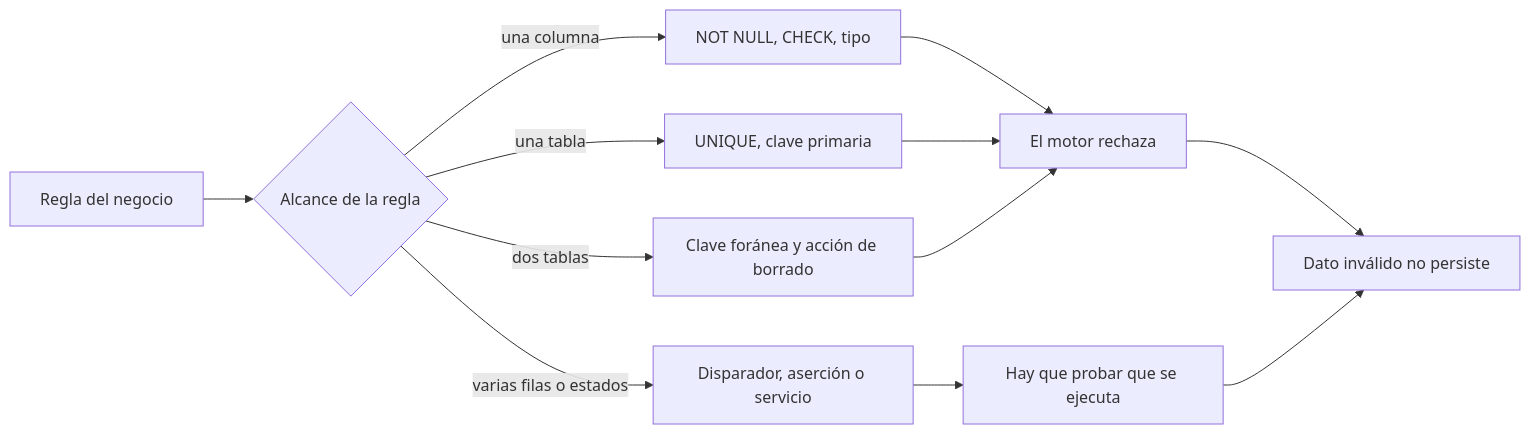
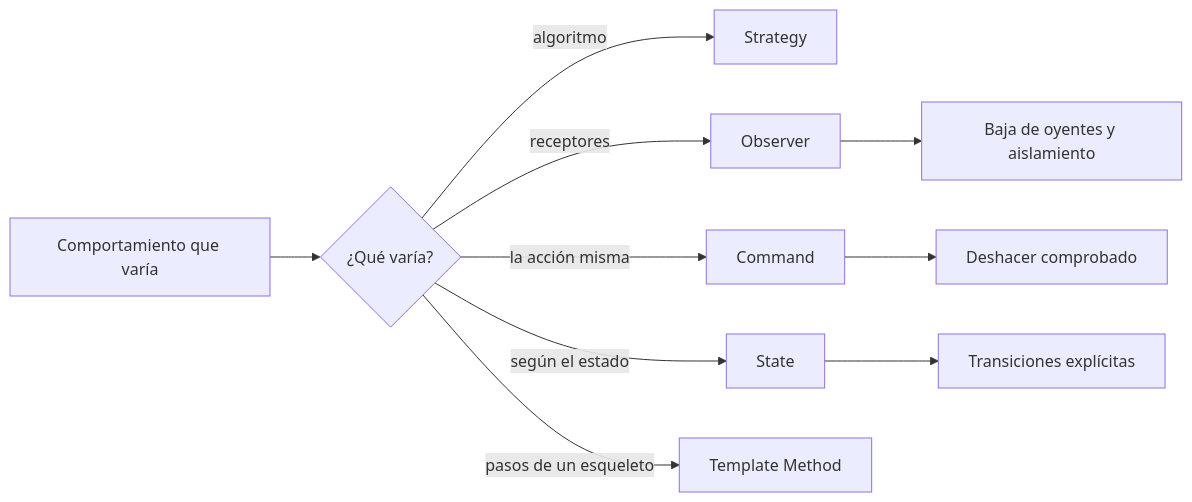
Before and after one commit to vladimiracunadev-create/modern-software-engineering-program: the diagram in content/part-26/SE-316.md, drawn with Mermaid. The commit also changed other lines of this file and 5193 other files, not shown here.

````diff
--- a/content/part-26/SE-316.md
+++ b/content/part-26/SE-316.md
@@ -54,14 +56,12 @@
 ```mermaid
 flowchart LR
-    A[Regla del negocio] --> B{Alcance de la regla}
-    B -->|una columna| C[NOT NULL, CHECK, tipo]
-    B -->|una tabla| D[UNIQUE, clave primaria]
-    B -->|dos tablas| E[Clave foránea y acción de borrado]
-    B -->|varias filas o estados| F[Disparador, aserción o servicio]
-    C --> G[El motor rechaza]
-    D --> G
-    E --> G
-    F --> H[Hay que probar que se ejecuta]
-    G --> I[Dato inválido no persiste]
-    H --> I
+    A[Comportamiento que varía] --> B{¿Qué varía?}
+    B -->|algoritmo| C[Strategy]
+    B -->|receptores| D[Observer]
+    B -->|la acción misma| E[Command]
+    B -->|según el estado| F[State]
+    B -->|pasos de un esqueleto| G[Template Method]
+    D --> H[Baja de oyentes y aislamiento]
+    E --> I[Deshacer comprobado]
+    F --> J[Transiciones explícitas]
 ```
````
